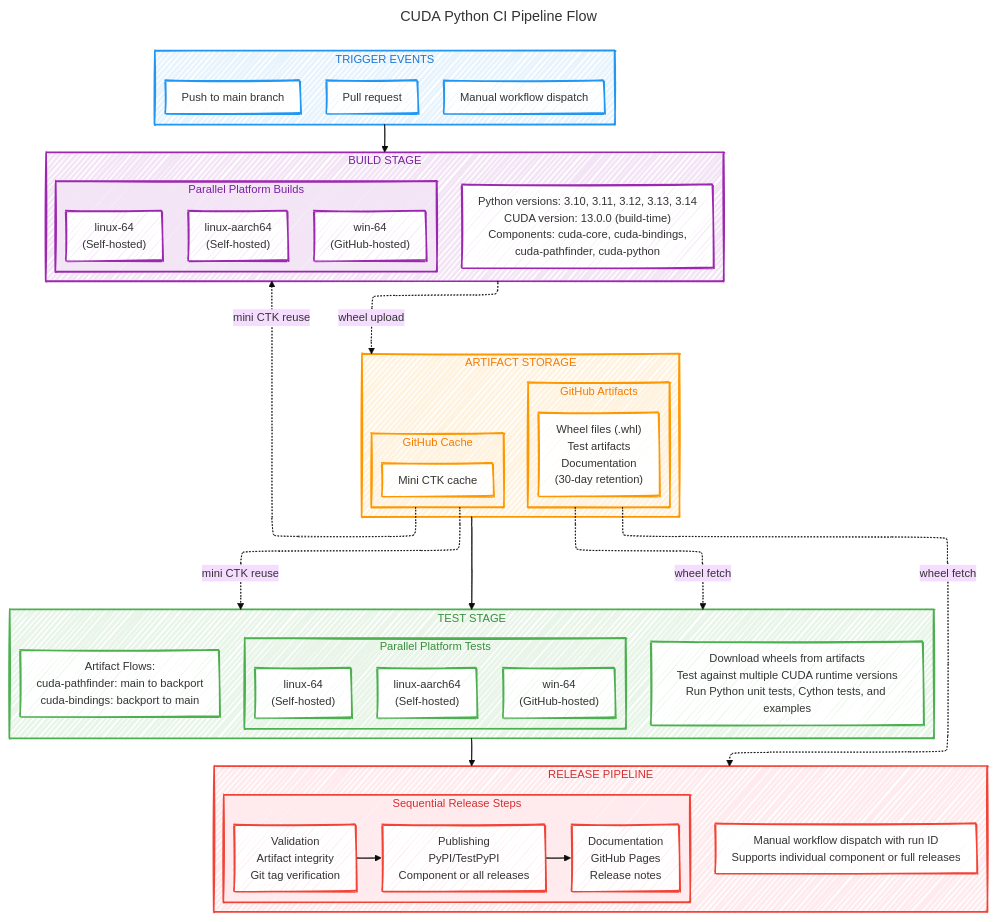
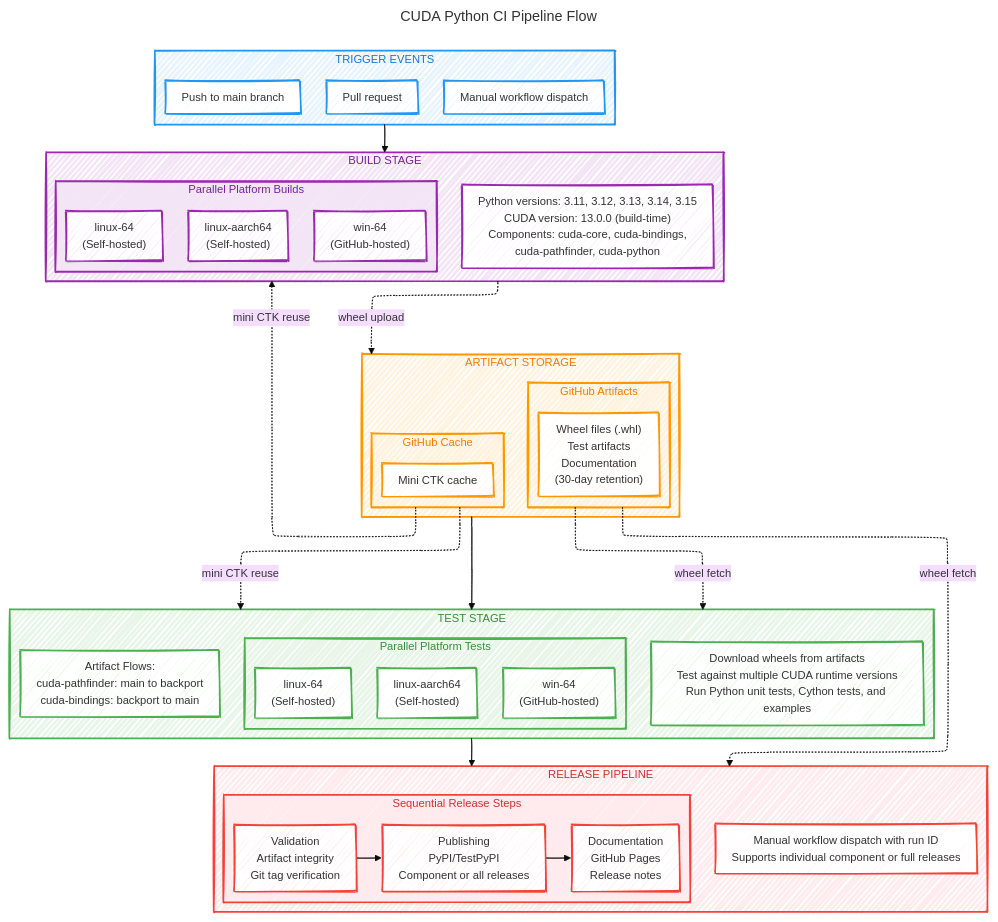
The diagram in ci/ci-pipeline.mmd (NVIDIA/cuda-python), drawn with Mermaid before and after one commit. The commit also changed 76 other files, not shown here.

```diff
--- a/ci/ci-pipeline.mmd
+++ b/ci/ci-pipeline.mmd
@@ -1,99 +1,99 @@
 ---
 # SPDX-FileCopyrightText: Copyright (c) 2026 NVIDIA CORPORATION & AFFILIATES. All rights reserved.
 # SPDX-License-Identifier: Apache-2.0
 title: CUDA Python CI Pipeline Flow
 config:
   theme: base
   look: handDrawn
   layout: elk
   handDrawnSeed: 2740
   deterministicIds: true
   deterministicIDSeed: cuda-python-ci-pipeline
   htmlLabels: true
   themeVariables:
     fontFamily: "Comic Sans MS, Comic Sans, cursive"
     fontSize: 14px
   flowchart:
     curve: basis
     diagramPadding: 8
     minNodeWidth: 140
     nodeSpacing: 24
     padding: 10
     rankSpacing: 48
     wrappingWidth: 300
 ---
 flowchart TB
     subgraph TRIGGER["TRIGGER EVENTS"]
         direction LR
         T1["Push to main branch"] ~~~ T2["Pull request"] ~~~ T3["Manual workflow dispatch"]
     end
 
     subgraph BUILD["BUILD STAGE"]
         direction TB
         subgraph BUILD_PLATFORMS["Parallel Platform Builds"]
             direction LR
             B1["linux-64<br/>(Self-hosted)"] ~~~ B2["linux-aarch64<br/>(Self-hosted)"] ~~~ B3["win-64<br/>(GitHub-hosted)"]
         end
-        BUILD_DETAILS["Python versions: 3.10, 3.11, 3.12, 3.13, 3.14<br/>CUDA version: 13.0.0 (build-time)<br/>Components: cuda-core, cuda-bindings,<br/>cuda-pathfinder, cuda-python"]
+        BUILD_DETAILS["Python versions: 3.11, 3.12, 3.13, 3.14, 3.15<br/>CUDA version: 13.0.0 (build-time)<br/>Components: cuda-core, cuda-bindings,<br/>cuda-pathfinder, cuda-python"]
     end
 
     subgraph ARTIFACTS["ARTIFACT STORAGE"]
         direction TB
         subgraph GITHUB_ARTIFACTS["GitHub Artifacts"]
             GA1["Wheel files (.whl)<br/>Test artifacts<br/>Documentation<br/>(30-day retention)"]
         end
         subgraph GITHUB_CACHE["GitHub Cache"]
             GC1["Mini CTK cache"]
         end
     end
 
     subgraph TEST["TEST STAGE"]
         direction TB
         subgraph TEST_PLATFORMS["Parallel Platform Tests"]
             direction LR
             TS1["linux-64<br/>(Self-hosted)"] ~~~ TS2["linux-aarch64<br/>(Self-hosted)"] ~~~ TS3["win-64<br/>(GitHub-hosted)"]
         end
         TEST_DETAILS["Download wheels from artifacts<br/>Test against multiple CUDA runtime versions<br/>Run Python unit tests, Cython tests, and examples"]
         ARTIFACT_FLOWS["Artifact Flows:<br/>cuda-pathfinder: main to backport<br/>cuda-bindings: backport to main"]
     end
 
     subgraph RELEASE["RELEASE PIPELINE"]
         direction TB
         subgraph RELEASE_STAGES["Sequential Release Steps"]
             direction LR
             R1["Validation<br/>Artifact integrity<br/>Git tag verification"] --> R2["Publishing<br/>PyPI/TestPyPI<br/>Component or all releases"] --> R3["Documentation<br/>GitHub Pages<br/>Release notes"]
         end
         RELEASE_DETAILS["Manual workflow dispatch with run ID<br/>Supports individual component or full releases"]
     end
 
     TRIGGER --> BUILD
     BUILD -. "wheel upload" .-> ARTIFACTS
     ARTIFACTS --> TEST
     TEST --> RELEASE
 
     GITHUB_CACHE -. "mini CTK reuse" .-> BUILD
     GITHUB_CACHE -. "mini CTK reuse" .-> TEST
     GITHUB_ARTIFACTS -. "wheel fetch" .-> TEST
     GITHUB_ARTIFACTS -. "wheel fetch" .-> RELEASE
 
     classDef triggerStyle fill:#e8f4fd,stroke:#2196F3,stroke-width:2px,color:#1976D2
     classDef triggerNodeStyle fill:#ffffff,stroke:#2196F3,stroke-width:2px,color:#333333
     classDef buildStyle fill:#f3e5f5,stroke:#9C27B0,stroke-width:2px,color:#7B1FA2
     classDef buildNodeStyle fill:#ffffff,stroke:#9C27B0,stroke-width:2px,color:#333333
     classDef artifactStyle fill:#fff3e0,stroke:#FF9800,stroke-width:2px,color:#F57C00
     classDef artifactNodeStyle fill:#ffffff,stroke:#FF9800,stroke-width:2px,color:#333333
     classDef testStyle fill:#e8f5e8,stroke:#4CAF50,stroke-width:2px,color:#388E3C
     classDef testNodeStyle fill:#ffffff,stroke:#4CAF50,stroke-width:2px,color:#333333
     classDef releaseStyle fill:#ffebee,stroke:#f44336,stroke-width:2px,color:#D32F2F
     classDef releaseNodeStyle fill:#ffffff,stroke:#f44336,stroke-width:2px,color:#333333
 
     class TRIGGER triggerStyle
     class T1,T2,T3 triggerNodeStyle
     class BUILD,BUILD_PLATFORMS buildStyle
     class B1,B2,B3,BUILD_DETAILS buildNodeStyle
     class ARTIFACTS,GITHUB_ARTIFACTS,GITHUB_CACHE artifactStyle
     class GA1,GC1 artifactNodeStyle
     class TEST,TEST_PLATFORMS testStyle
     class TS1,TS2,TS3,TEST_DETAILS,ARTIFACT_FLOWS testNodeStyle
     class RELEASE,RELEASE_STAGES releaseStyle
     class R1,R2,R3,RELEASE_DETAILS releaseNodeStyle
```
